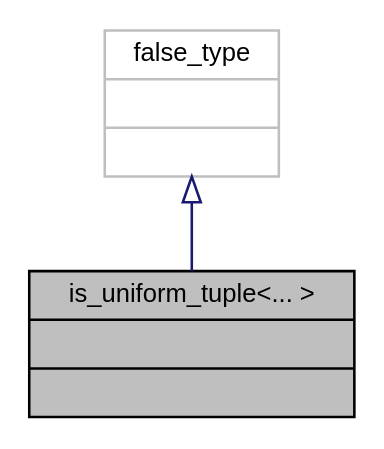
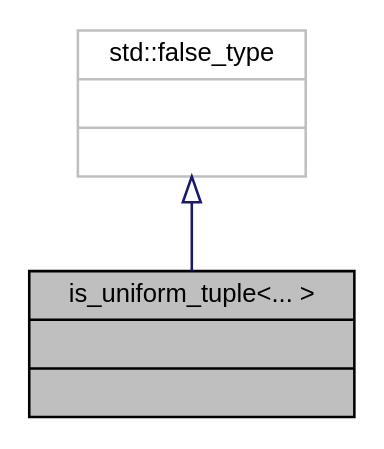
Before and after one commit to marisarze/otus_cpp_print_ip: the diagram in d5/d96/structis__uniform__tuple__coll__graph.dot, drawn with Graphviz. The commit also changed 1613 other files, not shown here.

```diff
--- a/d5/d96/structis__uniform__tuple__coll__graph.dot
+++ b/d5/d96/structis__uniform__tuple__coll__graph.dot
@@ -1,10 +1,10 @@
 digraph "is_uniform_tuple&lt;... &gt;"
 {
  // INTERACTIVE_SVG=YES
  // LATEX_PDF_SIZE
   edge [fontname="Helvetica",fontsize="10",labelfontname="Helvetica",labelfontsize="10"];
   node [fontname="Helvetica",fontsize="10",shape=record];
   Node1 [label="{is_uniform_tuple\<... \>\n||}",height=0.2,width=0.4,color="black", fillcolor="grey75", style="filled", fontcolor="black",tooltip="helper structure for type checking as a uniform tuple (common variant) this structure has bool member..."];
   Node2 -> Node1 [dir="back",color="midnightblue",fontsize="10",style="solid",arrowtail="onormal",fontname="Helvetica"];
-  Node2 [label="{false_type\n||}",height=0.2,width=0.4,color="grey75", fillcolor="white", style="filled",tooltip=" "];
+  Node2 [label="{std::false_type\n||}",height=0.2,width=0.4,color="grey75", fillcolor="white", style="filled",tooltip=" "];
 }
```
